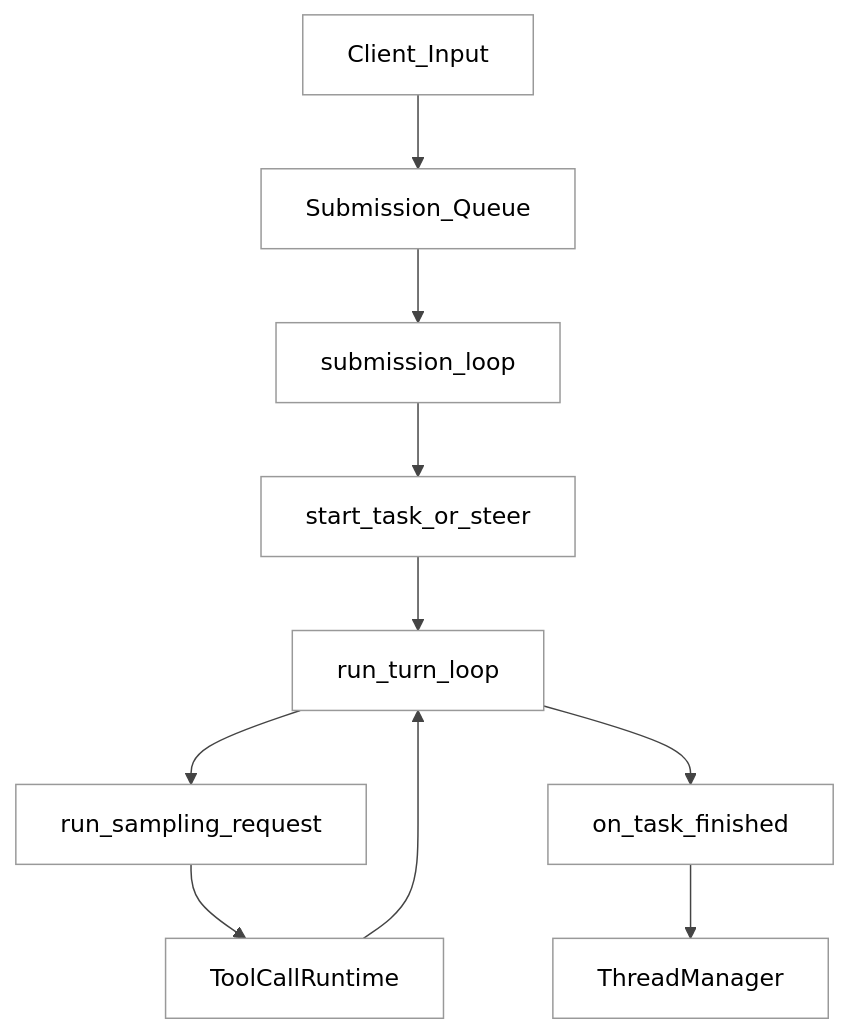
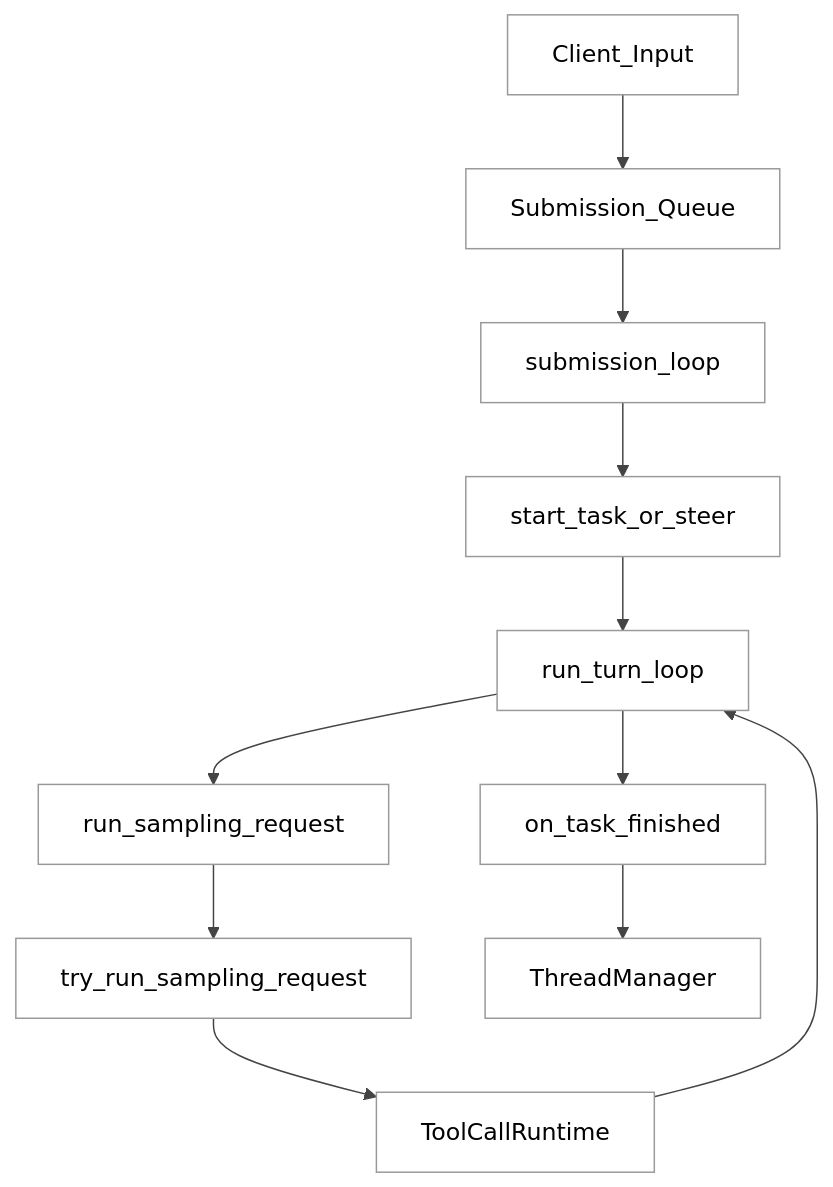
Before and after one commit to GLBB/codex-source-analysis: the first of 6 diagrams in Part I Principles and Usage/06-Agent核心循环.md, drawn with Mermaid. The commit also changed other lines of this file and 3 other files, not shown here.

````diff
--- a/Part I Principles and Usage/06-Agent核心循环.md
+++ b/Part I Principles and Usage/06-Agent核心循环.md
@@ -120,13 +134,14 @@
 ```mermaid
 %%{init: {"theme":"neutral","themeCSS":"svg { background: #ffffff !important; } .label, .nodeLabel, .edgeLabel, text { fill: #000000 !important; color: #000000 !important; }","themeVariables":{"background":"#ffffff","mainBkg":"#ffffff","primaryColor":"#f5f5f5","primaryTextColor":"#000000","primaryBorderColor":"#333333","secondaryColor":"#f6f8fa","tertiaryColor":"#ffffff","lineColor":"#444444","textColor":"#000000","clusterBkg":"#fafafa","clusterBorder":"#888888","edgeLabelBackground":"#ffffff","fontFamily":"Helvetica"}}}%%
 flowchart TD
     Input["Client_Input"] --> Submit["Submission_Queue"]
     Submit --> SessionLoop["submission_loop"]
     SessionLoop --> TaskLayer["start_task_or_steer"]
     TaskLayer --> TurnLoop["run_turn_loop"]
     TurnLoop --> Sampling["run_sampling_request"]
-    Sampling --> ToolExec["ToolCallRuntime"]
+    Sampling --> TrySample["try_run_sampling_request"]
+    TrySample --> ToolExec["ToolCallRuntime"]
     ToolExec --> TurnLoop
     TurnLoop --> Finish["on_task_finished"]
     Finish --> ThreadMgr["ThreadManager"]
 ```
````
